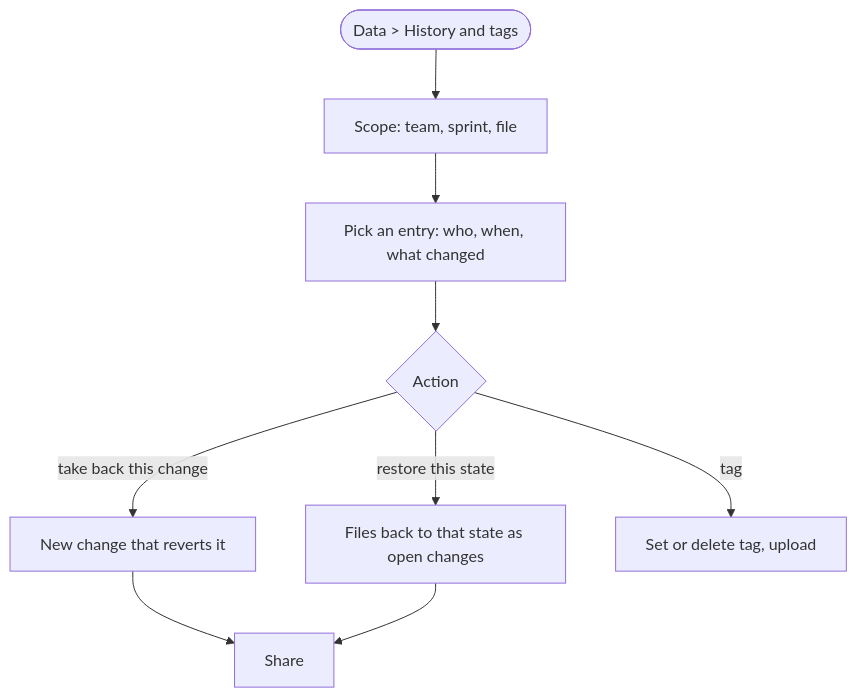
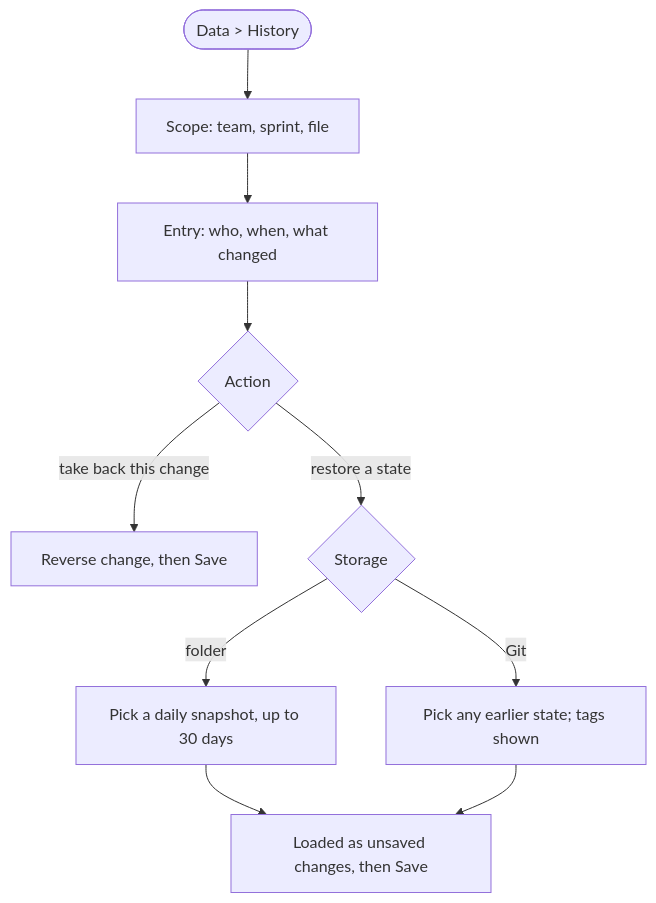
One commit to swallat/foresprint changed diagram 14 of 15 in docs/redesign/flows.md. Above: the diagram before and after it, drawn with Mermaid. The commit also changed other lines of this file and 1 other file, not shown here.

First line of the commit message:
Make data flows storage-neutral (shared folder or Git) and define the storage interface

````diff
--- a/docs/redesign/flows.md
+++ b/docs/redesign/flows.md
@@ -364,11 +353,12 @@
 ```mermaid
 flowchart TD
-  H([Data > History and tags]) --> SC[Scope: team, sprint, file]
-  SC --> E[Pick an entry: who, when, what changed]
+  H([Data > History]) --> SC[Scope: team, sprint, file]
+  SC --> E[Entry: who, when, what changed]
   E --> A{Action}
-  A -- take back this change --> TB[New change that reverts it]
-  A -- restore this state --> RS[Files back to that state as open changes]
-  A -- tag --> TG[Set or delete tag, upload]
-  TB --> SH[Share]
-  RS --> SH
+  A -- take back this change --> TB[Reverse change, then Save]
+  A -- restore a state --> RS{Storage}
+  RS -- folder --> SN[Pick a daily snapshot, up to 30 days]
+  RS -- Git --> GC[Pick any earlier state; tags shown]
+  SN --> SV[Loaded as unsaved changes, then Save]
+  GC --> SV
 ```
````
